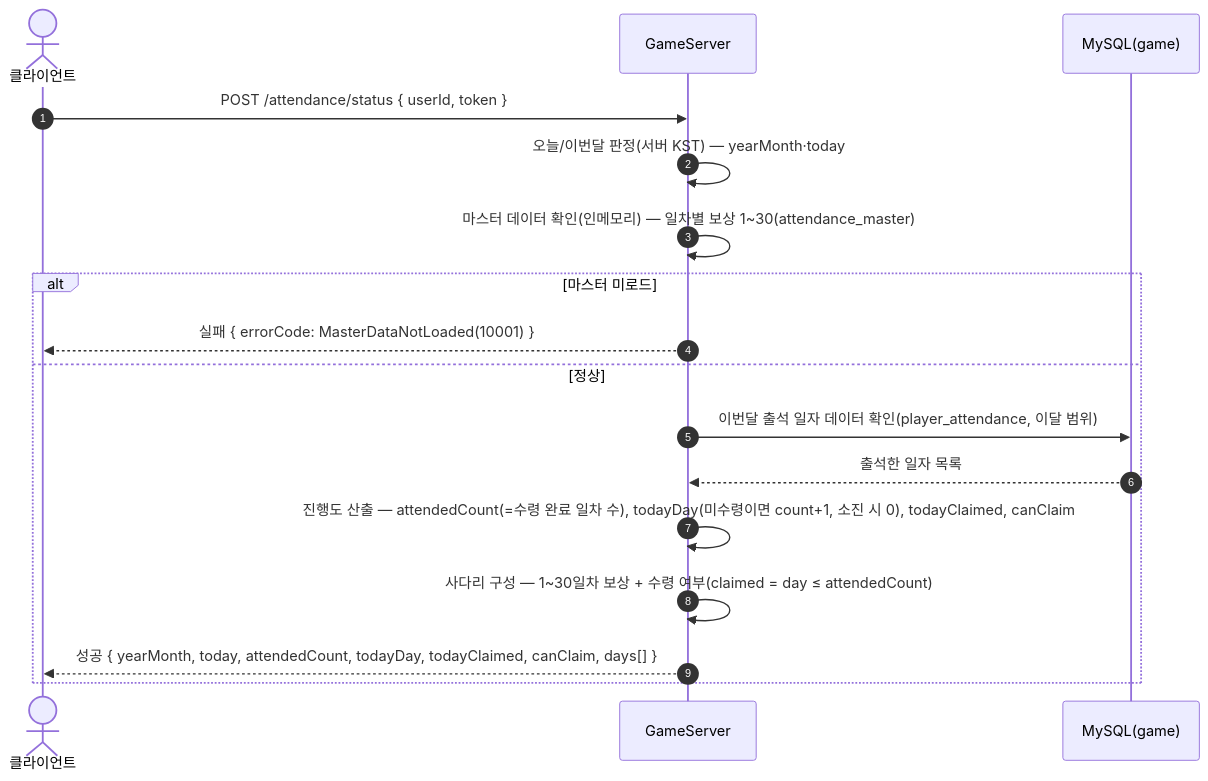
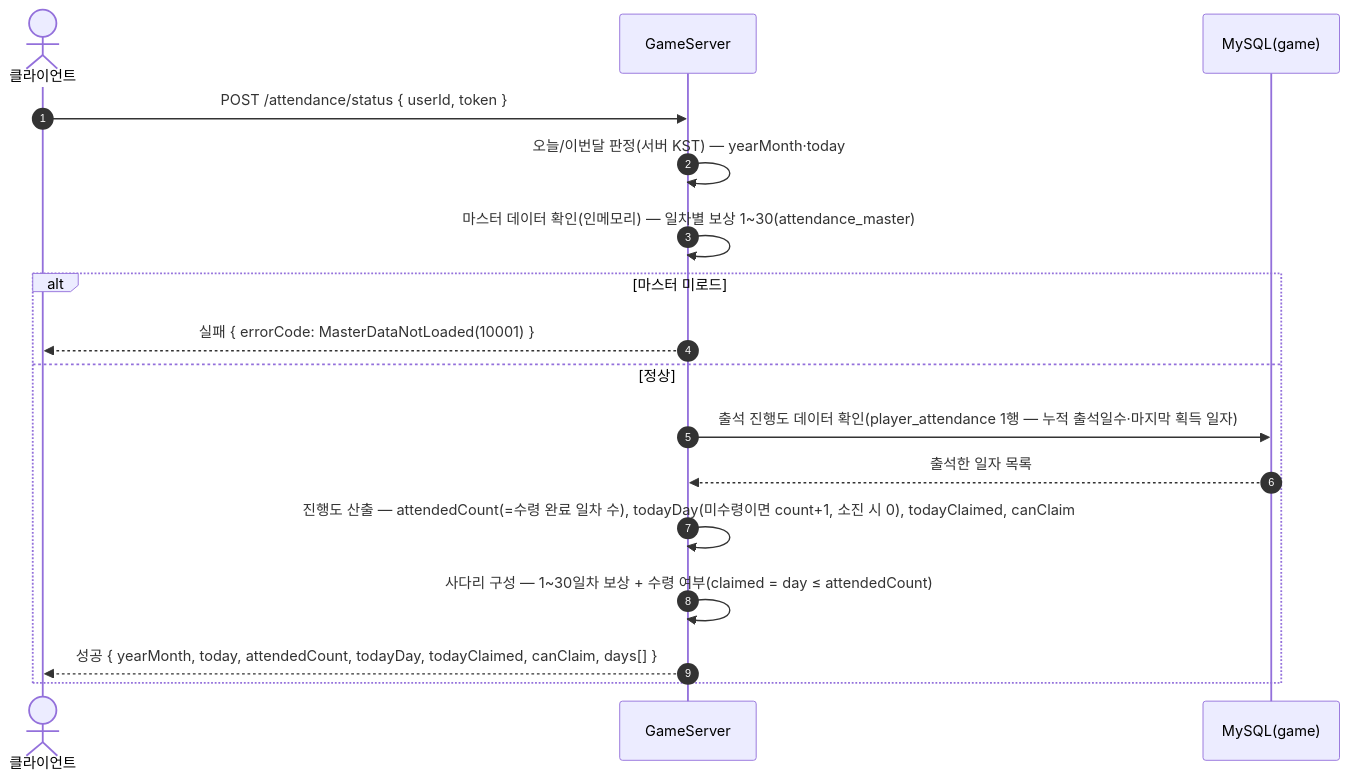
Diagram 29 of 31 in SequenceDiagram/README.md (ks-wook/com2us-taskbar-hero), drawn with Mermaid before and after one commit. The commit also changed other lines of this file and 17 other files, not shown here.

````diff
--- a/SequenceDiagram/README.md
+++ b/SequenceDiagram/README.md
@@ -878,20 +878,20 @@
 ```mermaid
 sequenceDiagram
     autonumber
     actor C as 클라이언트
     participant S as GameServer
     participant DB as MySQL(game)
 
     C->>S: POST /attendance/status { userId, token }
     S->>S: 오늘/이번달 판정(서버 KST) — yearMonth·today
     S->>S: 마스터 데이터 확인(인메모리) — 일차별 보상 1~30(attendance_master)
     alt 마스터 미로드
         S-->>C: 실패 { errorCode: MasterDataNotLoaded(10001) }
     else 정상
-        S->>DB: 이번달 출석 일자 데이터 확인(player_attendance, 이달 범위)
+        S->>DB: 출석 진행도 데이터 확인(player_attendance 1행 — 누적 출석일수·마지막 획득 일자)
         DB-->>S: 출석한 일자 목록
         S->>S: 진행도 산출 — attendedCount(=수령 완료 일차 수), todayDay(미수령이면 count+1, 소진 시 0), todayClaimed, canClaim
         S->>S: 사다리 구성 — 1~30일차 보상 + 수령 여부(claimed = day ≤ attendedCount)
         S-->>C: 성공 { yearMonth, today, attendedCount, todayDay, todayClaimed, canClaim, days[] }
     end
 ```
````
